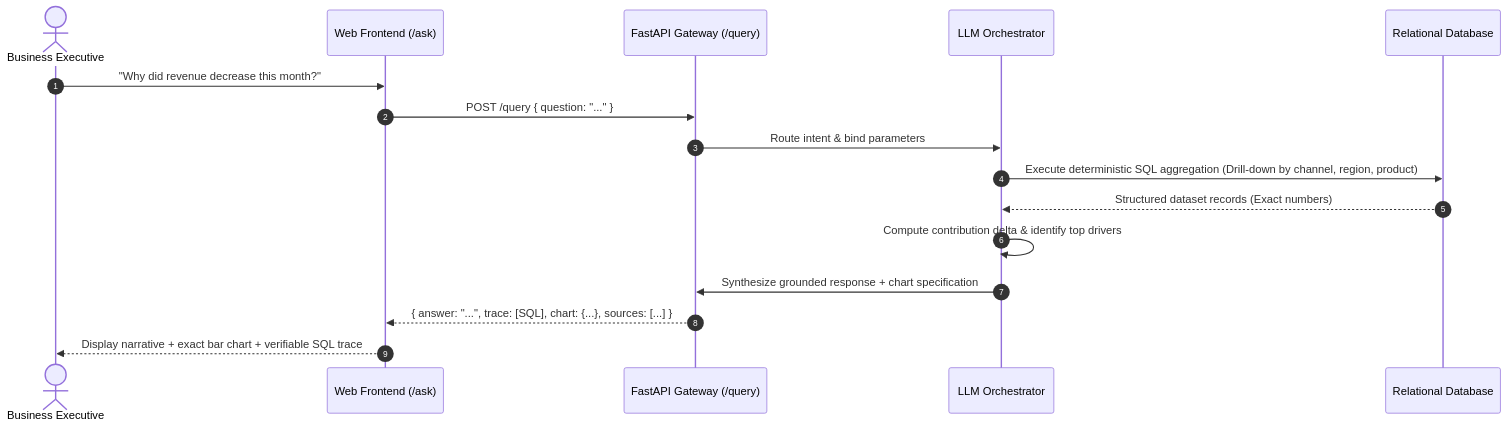
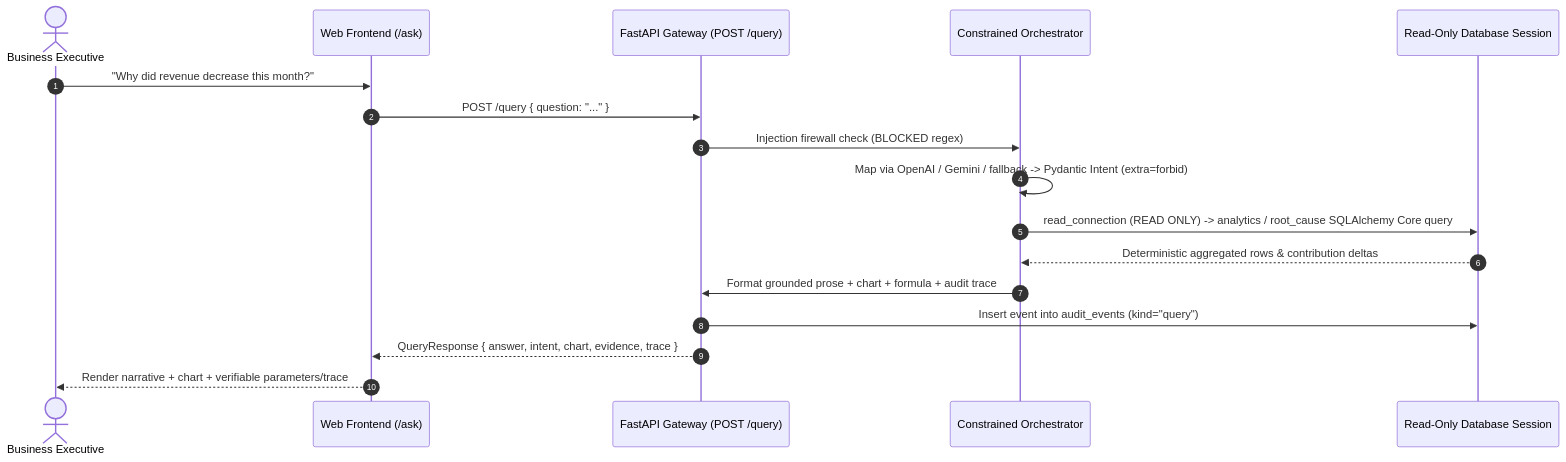
One commit to NguyenTriBaoThang/DecisionPilotAI changed the second of 4 diagrams in ARCHITECTURE.md. Above: the diagram before and after it, drawn with Mermaid. The commit also changed other lines of this file and 62 other files, not shown here.

````diff
--- a/ARCHITECTURE.md
+++ b/ARCHITECTURE.md
@@ -121,19 +121,20 @@
 ```mermaid
 sequenceDiagram
     autonumber
     actor User as Business Executive
     participant UI as Web Frontend (/ask)
-    participant API as FastAPI Gateway (/query)
-    participant Engine as LLM Orchestrator
-    participant DB as Relational Database
+    participant API as FastAPI Gateway (POST /query)
+    participant Engine as Constrained Orchestrator
+    participant DB as Read-Only Database Session
 
     User->>UI: "Why did revenue decrease this month?"
     UI->>API: POST /query { question: "..." }
-    API->>Engine: Route intent & bind parameters
-    Engine->>DB: Execute deterministic SQL aggregation (Drill-down by channel, region, product)
-    DB-->>Engine: Structured dataset records (Exact numbers)
-    Engine->>Engine: Compute contribution delta & identify top drivers
-    Engine->>API: Synthesize grounded response + chart specification
-    API-->>UI: { answer: "...", trace: [SQL], chart: {...}, sources: [...] }
-    UI-->>User: Display narrative + exact bar chart + verifiable SQL trace
+    API->>Engine: Injection firewall check (BLOCKED regex)
+    Engine->>Engine: Map via OpenAI / Gemini / fallback -> Pydantic Intent (extra=forbid)
+    Engine->>DB: read_connection (READ ONLY) -> analytics / root_cause SQLAlchemy Core query
+    DB-->>Engine: Deterministic aggregated rows & contribution deltas
+    Engine->>API: Format grounded prose + chart + formula + audit trace
+    API->>DB: Insert event into audit_events (kind="query")
+    API-->>UI: QueryResponse { answer, intent, chart, evidence, trace }
+    UI-->>User: Render narrative + chart + verifiable parameters/trace
 ```
````
